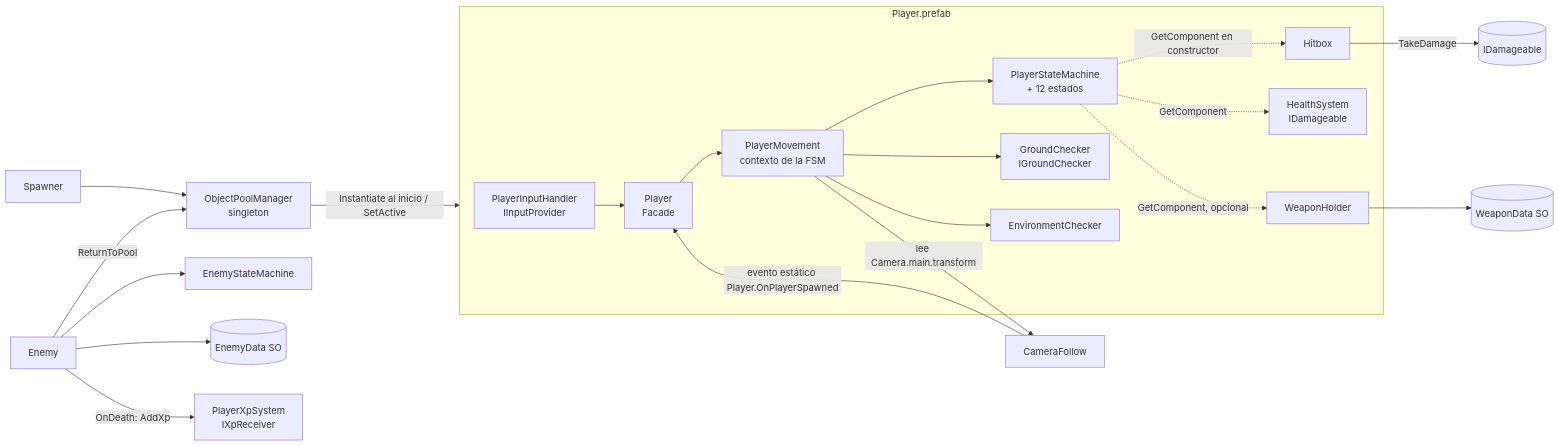
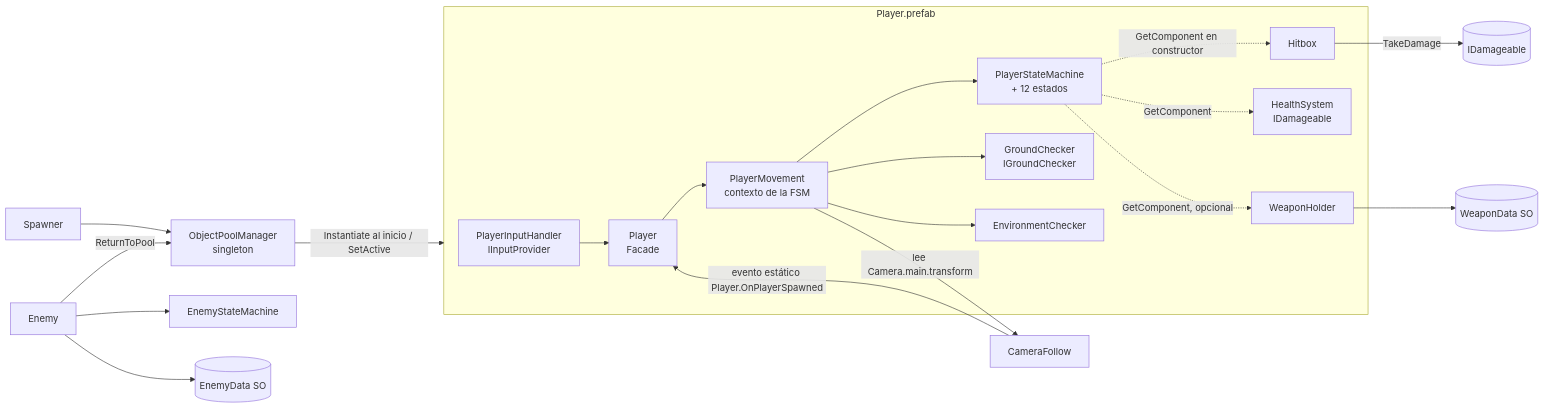
The first of 2 diagrams in docs/arquitectura.md (AlanYahirAguilar/warrior-woke), drawn with Mermaid before and after one commit. The commit also changed other lines of this file and 11 other files, not shown here.

First line of the commit message:
refactor(player): disable wall jump and remove XP system

````diff
--- a/docs/arquitectura.md
+++ b/docs/arquitectura.md
@@ -111,23 +111,22 @@
 ```mermaid
 flowchart LR
     subgraph Player.prefab
       PIH[PlayerInputHandler<br/>IInputProvider] --> P[Player<br/>Facade]
       P --> PM[PlayerMovement<br/>contexto de la FSM]
       PM --> FSM[PlayerStateMachine<br/>+ 12 estados]
       PM --> GC[GroundChecker<br/>IGroundChecker]
       PM --> EC[EnvironmentChecker]
       FSM -. GetComponent en constructor .-> HB[Hitbox]
       FSM -. GetComponent .-> HS[HealthSystem<br/>IDamageable]
       FSM -. GetComponent, opcional .-> WH[WeaponHolder]
     end
     PM -- lee Camera.main.transform --> CAM[CameraFollow]
     CAM -- evento estático Player.OnPlayerSpawned --> P
     SP[Spawner] --> OPM[ObjectPoolManager<br/>singleton]
     OPM -- Instantiate al inicio / SetActive --> Player.prefab
     HB -- TakeDamage --> IDam[(IDamageable)]
     WH --> WD[(WeaponData SO)]
     E[Enemy] --> EFSM[EnemyStateMachine]
     E --> ED[(EnemyData SO)]
-    E -- OnDeath: AddXp --> XP[PlayerXpSystem<br/>IXpReceiver]
     E -- ReturnToPool --> OPM
 ```
````
